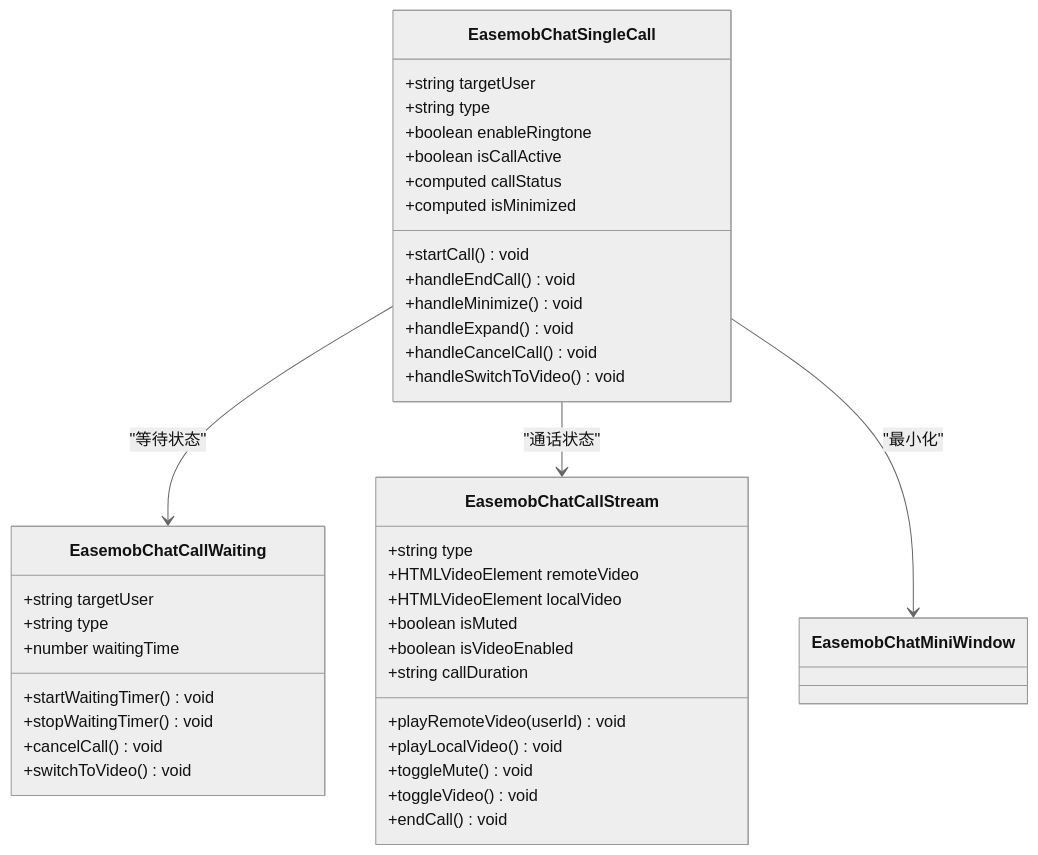
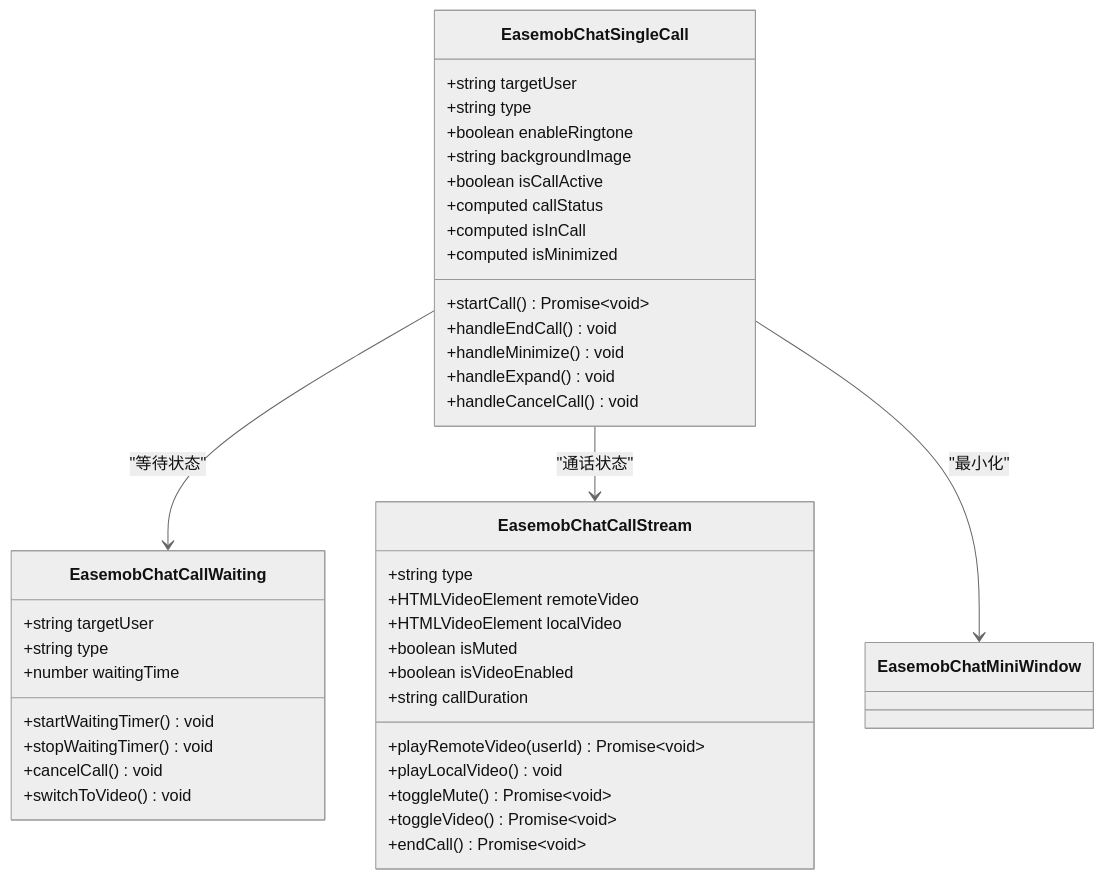
Before and after one commit to Easemob-Community/easemob-uikit-callkit-vue3: the third of 8 diagrams in .qoder/repowiki/zh/content/API 参考/组件 API/单人通话组件 API.md, drawn with Mermaid (neutral theme). The commit also changed other lines of this file and 54 other files, not shown here.

````diff
--- a/.qoder/repowiki/zh/content/API 参考/组件 API/单人通话组件 API.md
+++ b/.qoder/repowiki/zh/content/API 参考/组件 API/单人通话组件 API.md
@@ -181,42 +196,43 @@
 ```mermaid
 classDiagram
 class EasemobChatSingleCall {
 +string targetUser
 +string type
 +boolean enableRingtone
++string backgroundImage
 +boolean isCallActive
 +computed callStatus
++computed isInCall
 +computed isMinimized
-+startCall() void
++startCall() Promise~void~
 +handleEndCall() void
 +handleMinimize() void
 +handleExpand() void
 +handleCancelCall() void
-+handleSwitchToVideo() void
 }
 class EasemobChatCallWaiting {
 +string targetUser
 +string type
 +number waitingTime
 +startWaitingTimer() void
 +stopWaitingTimer() void
 +cancelCall() void
 +switchToVideo() void
 }
 class EasemobChatCallStream {
 +string type
 +HTMLVideoElement remoteVideo
 +HTMLVideoElement localVideo
 +boolean isMuted
 +boolean isVideoEnabled
 +string callDuration
-+playRemoteVideo(userId) void
++playRemoteVideo(userId) Promise~void~
 +playLocalVideo() void
-+toggleMute() void
-+toggleVideo() void
-+endCall() void
++toggleMute() Promise~void~
++toggleVideo() Promise~void~
++endCall() Promise~void~
 }
 EasemobChatSingleCall --> EasemobChatCallWaiting : "等待状态"
 EasemobChatSingleCall --> EasemobChatCallStream : "通话状态"
 EasemobChatSingleCall --> EasemobChatMiniWindow : "最小化"
 ```
````
